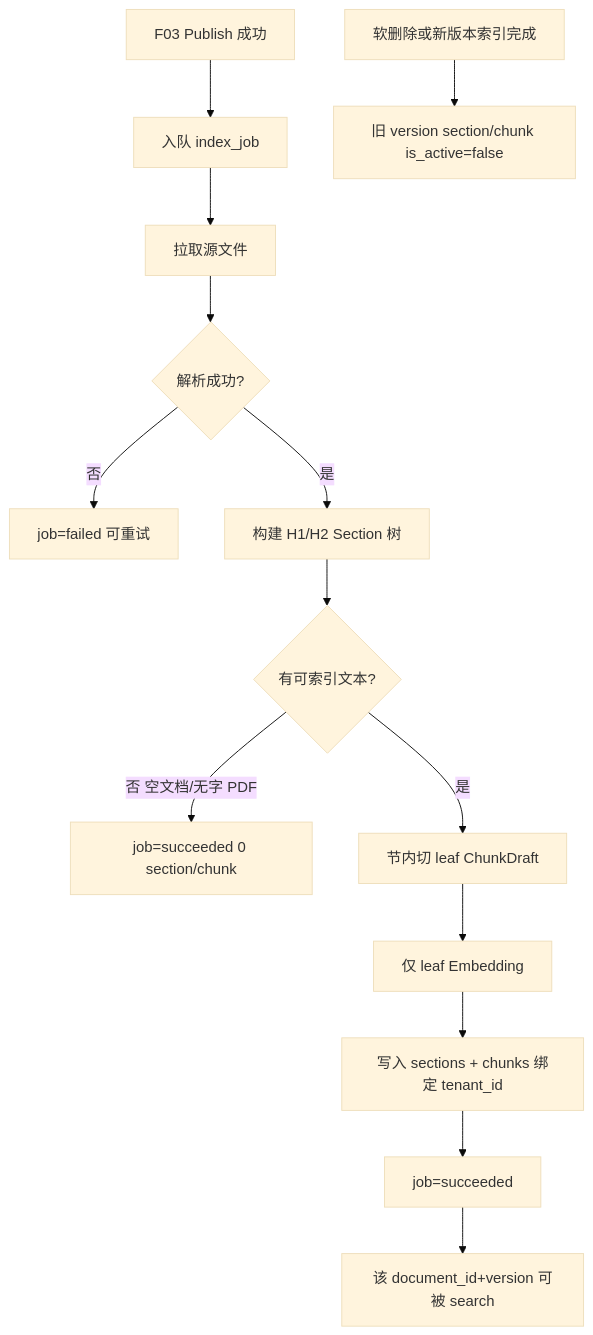
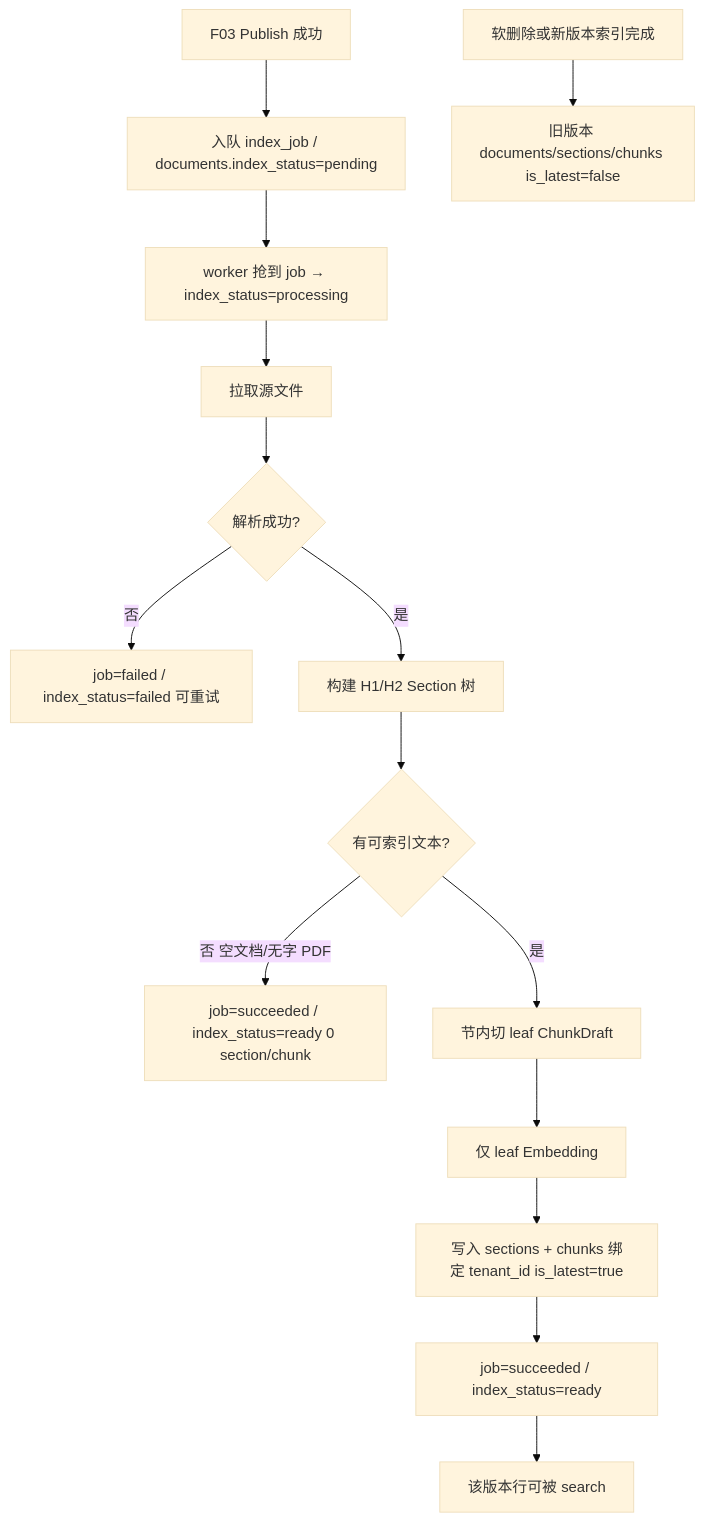
Before and after one commit to zmisi/rag-as-service: the first of 3 diagrams in docs/specs/phase1/features/F04-doc-indexing.md, drawn with Mermaid (base theme). The commit also changed other lines of this file and 48 other files, not shown here.

````diff
--- a/docs/specs/phase1/features/F04-doc-indexing.md
+++ b/docs/specs/phase1/features/F04-doc-indexing.md
@@ -36,17 +42,18 @@
 ```mermaid
 flowchart TD
-  A[F03 Publish 成功] --> B[入队 index_job]
-  B --> C[拉取源文件]
-  C --> D{解析成功?}
-  D -->|否| E1[job=failed 可重试]
-  D -->|是| S[构建 H1/H2 Section 树]
+  A[F03 Publish 成功] --> B[入队 index_job / documents.index_status=pending]
+  B --> C[worker 抢到 job → index_status=processing]
+  C --> D[拉取源文件]
+  D --> E{解析成功?}
+  E -->|否| E1[job=failed / index_status=failed 可重试]
+  E -->|是| S[构建 H1/H2 Section 树]
   S --> F{有可索引文本?}
-  F -->|否 空文档/无字 PDF| I0[job=succeeded 0 section/chunk]
+  F -->|否 空文档/无字 PDF| I0[job=succeeded / index_status=ready 0 section/chunk]
   F -->|是| G[节内切 leaf ChunkDraft]
   G --> H[仅 leaf Embedding]
-  H --> W[写入 sections + chunks 绑定 tenant_id]
-  W --> I[job=succeeded]
-  I --> J[该 document_id+version 可被 search]
+  H --> W[写入 sections + chunks 绑定 tenant_id is_latest=true]
+  W --> I[job=succeeded / index_status=ready]
+  I --> J[该版本行可被 search]
 
-  K[软删除或新版本索引完成] --> L[旧 version section/chunk is_active=false]
+  K[软删除或新版本索引完成] --> L[旧版本 documents/sections/chunks is_latest=false]
 ```
````
